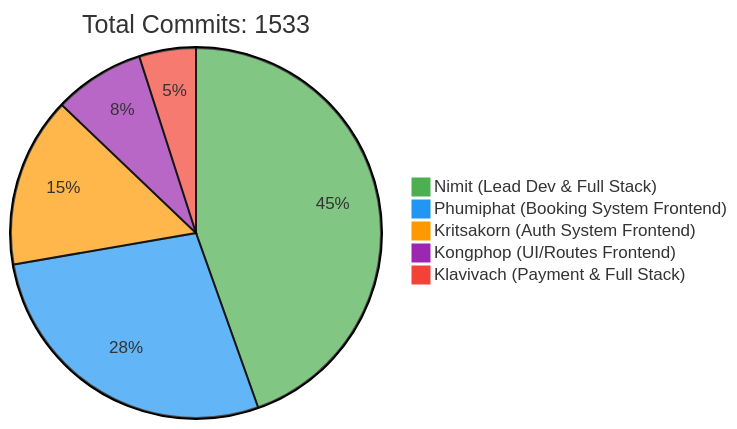
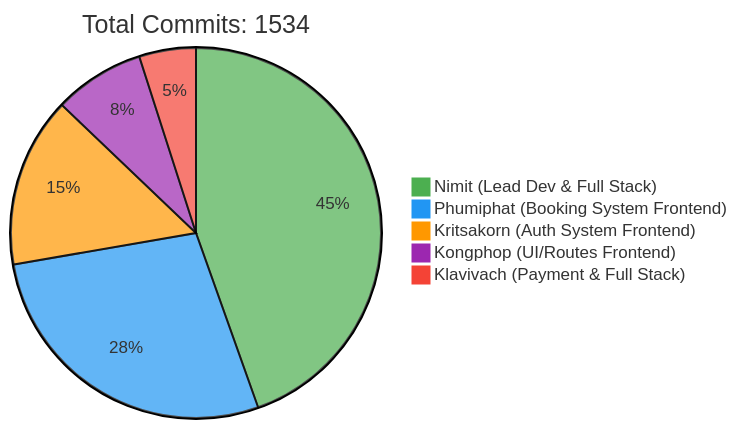
One commit to 6531503042/Sport-Complex changed the first of 2 diagrams in README.md. Above: the diagram before and after it, drawn with Mermaid. The commit also changed other lines of this file, not shown here.

Commit message:
docs: Update contributor statistics [skip ci]

````diff
--- a/README.md
+++ b/README.md
@@ -257,10 +257,10 @@
 ```mermaid
 %%{init: {'theme': 'base', 'themeVariables': { 'pie1': '#4CAF50', 'pie2': '#2196F3', 'pie3': '#FF9800', 'pie4': '#9C27B0', 'pie5': '#F44336'}}}%%
 pie
-    title Total Commits: 1533
+    title Total Commits: 1534
     "Nimit (Lead Dev & Full Stack)" : 450
     "Phumiphat (Booking System Frontend)" : 280
     "Kritsakorn (Auth System Frontend)" : 150
     "Kongphop (UI/Routes Frontend)" : 80
     "Klavivach (Payment & Full Stack)" : 50
 ```
````
